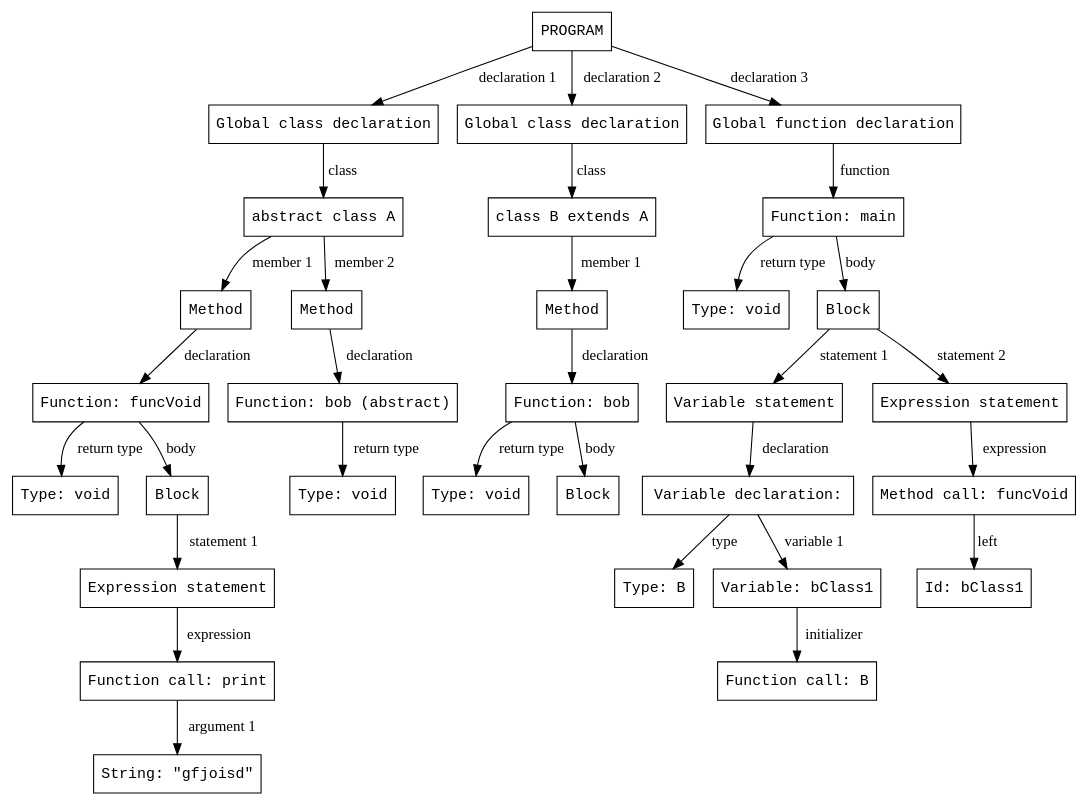
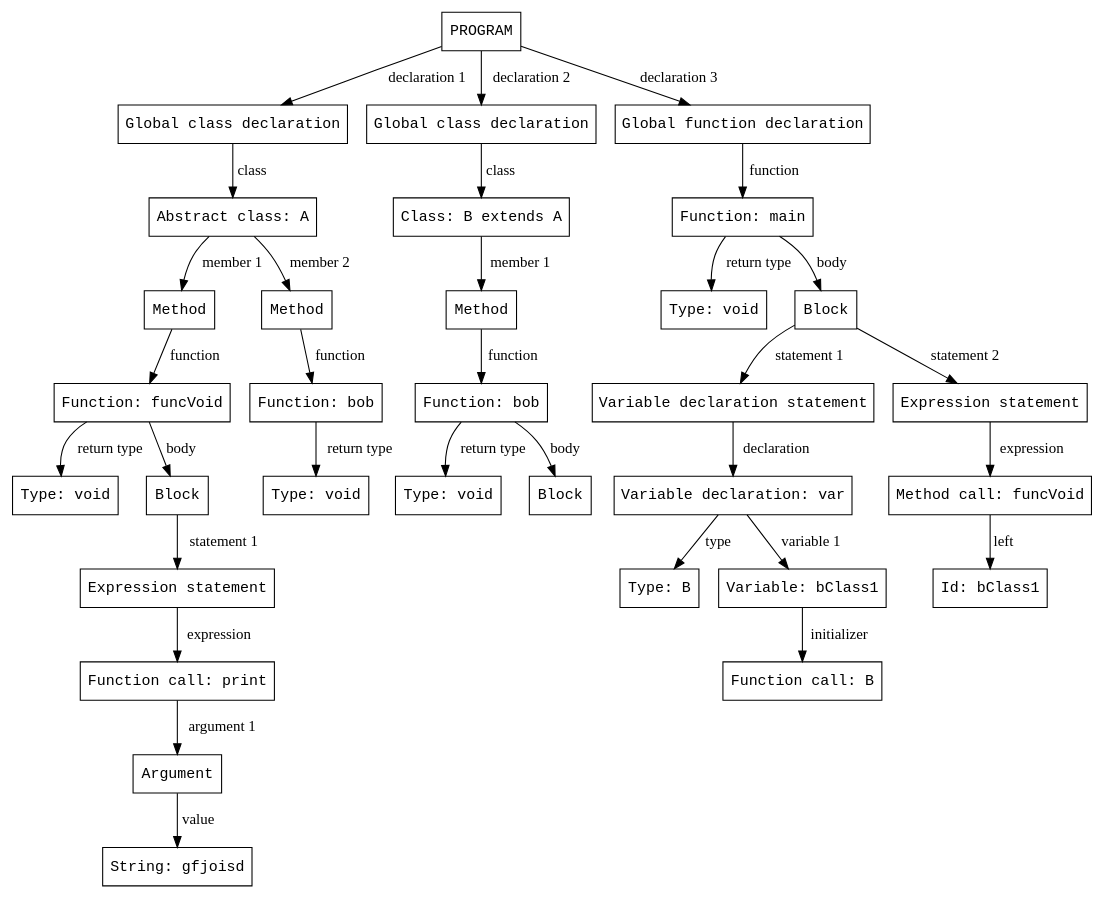
Before and after one commit to chertov-bolvan/dart-compiler: the diagram in test_parser/abstract_class_test/output.dot, drawn with Graphviz. The commit also changed 16 other files, not shown here.

```diff
--- a/test_parser/abstract_class_test/output.dot
+++ b/test_parser/abstract_class_test/output.dot
@@ -1,77 +1,79 @@
    
     
     
   
    
 
 
     
     
 
 
   
      
   
 digraph {
-30 [label="PROGRAM" fontname="courier" shape=rect];
-30 -> 11 [label="declaration 1"];
-11 [label="Global class declaration" fontname="courier" shape=rect];
-11 -> 10 [label="class"];
-10 [label="abstract class A" fontname="courier" shape=rect];
-10 -> 6 [label="member 1"];
-6 [label="Method" fontname="courier" shape=rect];
-6 -> 5 [label="declaration"];
-5 [label="Function: funcVoid" fontname="courier" shape=rect];
-5 -> 4 [label="return type"];
-4 [label="Type: void" fontname="courier" shape=rect];
-5 -> 3 [label="body"];
-3 [label="Block" fontname="courier" shape=rect];
-3 -> 2 [label="statement 1"];
-2 [label="Expression statement" fontname="courier" shape=rect];
-2 -> 1 [label="expression"];
-1 [label="Function call: print" fontname="courier" shape=rect];
-1 -> 0 [label="argument 1"];
-0 [label="String: \"gfjoisd\"" fontname="courier" shape=rect];
-10 -> 9 [label="member 2"];
-9 [label="Method" fontname="courier" shape=rect];
-9 -> 8 [label="declaration"];
-8 [label="Function: bob (abstract)" fontname="courier" shape=rect];
-8 -> 7 [label="return type"];
-7 [label="Type: void" fontname="courier" shape=rect];
-30 -> 17 [label="declaration 2"];
-17 [label="Global class declaration" fontname="courier" shape=rect];
-17 -> 16 [label="class"];
-16 [label="class B extends A" fontname="courier" shape=rect];
-16 -> 15 [label="member 1"];
-15 [label="Method" fontname="courier" shape=rect];
-15 -> 14 [label="declaration"];
-14 [label="Function: bob" fontname="courier" shape=rect];
-14 -> 13 [label="return type"];
-13 [label="Type: void" fontname="courier" shape=rect];
-14 -> 12 [label="body"];
-12 [label="Block" fontname="courier" shape=rect];
-30 -> 29 [label="declaration 3"];
-29 [label="Global function declaration" fontname="courier" shape=rect];
-29 -> 28 [label="function"];
-28 [label="Function: main" fontname="courier" shape=rect];
-28 -> 27 [label="return type"];
-27 [label="Type: void" fontname="courier" shape=rect];
-28 -> 26 [label="body"];
-26 [label="Block" fontname="courier" shape=rect];
-26 -> 22 [label="statement 1"];
-22 [label="Variable statement" fontname="courier" shape=rect];
-22 -> 21 [label="declaration"];
-21 [label="Variable declaration: " fontname="courier" shape=rect];
-21 -> 18 [label="type"];
-18 [label="Type: B" fontname="courier" shape=rect];
-21 -> 20 [label="variable 1"];
-20 [label="Variable: bClass1" fontname="courier" shape=rect];
-20 -> 19 [label="initializer"];
-19 [label="Function call: B" fontname="courier" shape=rect];
-26 -> 25 [label="statement 2"];
-25 [label="Expression statement" fontname="courier" shape=rect];
-25 -> 24 [label="expression"];
-24 [label="Method call: funcVoid" fontname="courier" shape=rect];
-24 -> 23 [label="left"];
-23 [label="Id: bClass1" fontname="courier" shape=rect];
+31 [label="PROGRAM" fontname="courier" shape=rect];
+31 -> 12 [label="declaration 1"];
+12 [label="Global class declaration" fontname="courier" shape=rect];
+12 -> 11 [label="class"];
+11 [label="Abstract class: A" fontname="courier" shape=rect];
+11 -> 7 [label="member 1"];
+7 [label="Method" fontname="courier" shape=rect];
+7 -> 6 [label="function"];
+6 [label="Function: funcVoid" fontname="courier" shape=rect];
+6 -> 5 [label="return type"];
+5 [label="Type: void" fontname="courier" shape=rect];
+6 -> 4 [label="body"];
+4 [label="Block" fontname="courier" shape=rect];
+4 -> 3 [label="statement 1"];
+3 [label="Expression statement" fontname="courier" shape=rect];
+3 -> 2 [label="expression"];
+2 [label="Function call: print" fontname="courier" shape=rect];
+2 -> 1 [label="argument 1"];
+1 [label="Argument" fontname="courier" shape=rect];
+1 -> 0 [label="value"];
+0 [label="String: gfjoisd" fontname="courier" shape=rect];
+11 -> 10 [label="member 2"];
+10 [label="Method" fontname="courier" shape=rect];
+10 -> 9 [label="function"];
+9 [label="Function: bob" fontname="courier" shape=rect];
+9 -> 8 [label="return type"];
+8 [label="Type: void" fontname="courier" shape=rect];
+31 -> 18 [label="declaration 2"];
+18 [label="Global class declaration" fontname="courier" shape=rect];
+18 -> 17 [label="class"];
+17 [label="Class: B extends A" fontname="courier" shape=rect];
+17 -> 16 [label="member 1"];
+16 [label="Method" fontname="courier" shape=rect];
+16 -> 15 [label="function"];
+15 [label="Function: bob" fontname="courier" shape=rect];
+15 -> 14 [label="return type"];
+14 [label="Type: void" fontname="courier" shape=rect];
+15 -> 13 [label="body"];
+13 [label="Block" fontname="courier" shape=rect];
+31 -> 30 [label="declaration 3"];
+30 [label="Global function declaration" fontname="courier" shape=rect];
+30 -> 29 [label="function"];
+29 [label="Function: main" fontname="courier" shape=rect];
+29 -> 28 [label="return type"];
+28 [label="Type: void" fontname="courier" shape=rect];
+29 -> 27 [label="body"];
+27 [label="Block" fontname="courier" shape=rect];
+27 -> 23 [label="statement 1"];
+23 [label="Variable declaration statement" fontname="courier" shape=rect];
+23 -> 22 [label="declaration"];
+22 [label="Variable declaration: var" fontname="courier" shape=rect];
+22 -> 19 [label="type"];
+19 [label="Type: B" fontname="courier" shape=rect];
+22 -> 21 [label="variable 1"];
+21 [label="Variable: bClass1" fontname="courier" shape=rect];
+21 -> 20 [label="initializer"];
+20 [label="Function call: B" fontname="courier" shape=rect];
+27 -> 26 [label="statement 2"];
+26 [label="Expression statement" fontname="courier" shape=rect];
+26 -> 25 [label="expression"];
+25 [label="Method call: funcVoid" fontname="courier" shape=rect];
+25 -> 24 [label="left"];
+24 [label="Id: bClass1" fontname="courier" shape=rect];
 }
```
